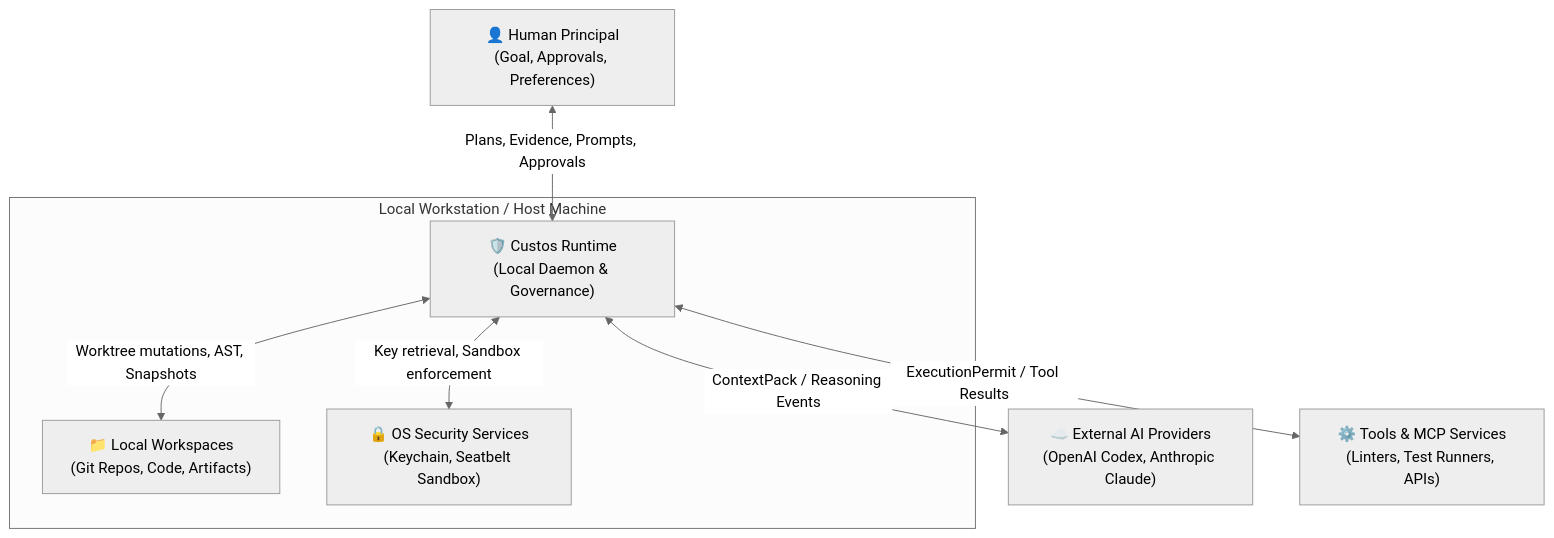
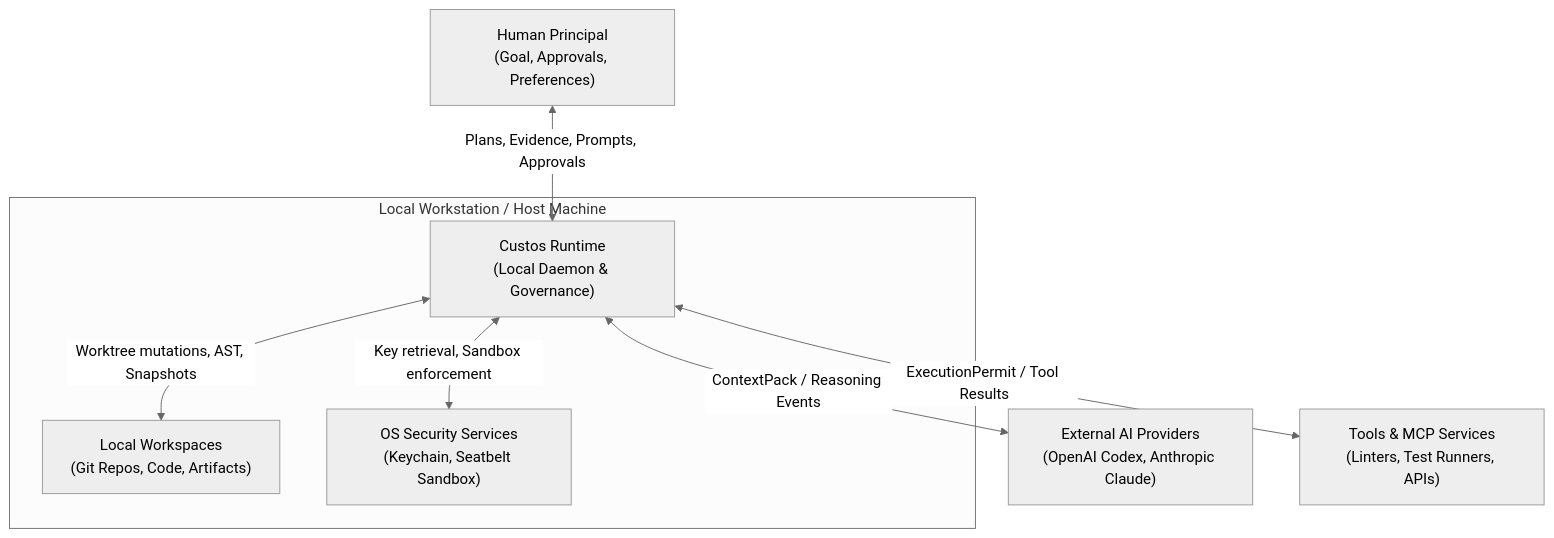
The first of 3 diagrams in docs/architecture/overview.md (civi0411/Custos), drawn with Mermaid (neutral theme) before and after one commit. The commit also changed other lines of this file and 39 other files, not shown here.

````diff
--- a/docs/architecture/overview.md
+++ b/docs/architecture/overview.md
@@ -14,25 +14,25 @@
 ```mermaid
 flowchart TB
-    User["👤 Human Principal
+    User["Human Principal
 (Goal, Approvals, Preferences)"]
     
     subgraph Host["Local Workstation / Host Machine"]
-        Custos["🛡️ Custos Runtime
+        Custos["Custos Runtime
 (Local Daemon & Governance)"]
-        Workspace["📁 Local Workspaces
+        Workspace["Local Workspaces
 (Git Repos, Code, Artifacts)"]
-        OS["🔒 OS Security Services
+        OS["OS Security Services
 (Keychain, Seatbelt Sandbox)"]
     end
     
-    Providers["☁️ External AI Providers
+    Providers["External AI Providers
 (OpenAI Codex, Anthropic Claude)"]
-    Tools["⚙️ Tools & MCP Services
+    Tools["Tools & MCP Services
 (Linters, Test Runners, APIs)"]
 
     User <-->|"Plans, Evidence, Prompts, Approvals"| Custos
     Custos <-->|"Worktree mutations, AST, Snapshots"| Workspace
     Custos <-->|"Key retrieval, Sandbox enforcement"| OS
     Custos <-->|"ContextPack / Reasoning Events"| Providers
     Custos <-->|"ExecutionPermit / Tool Results"| Tools
 ```
````
